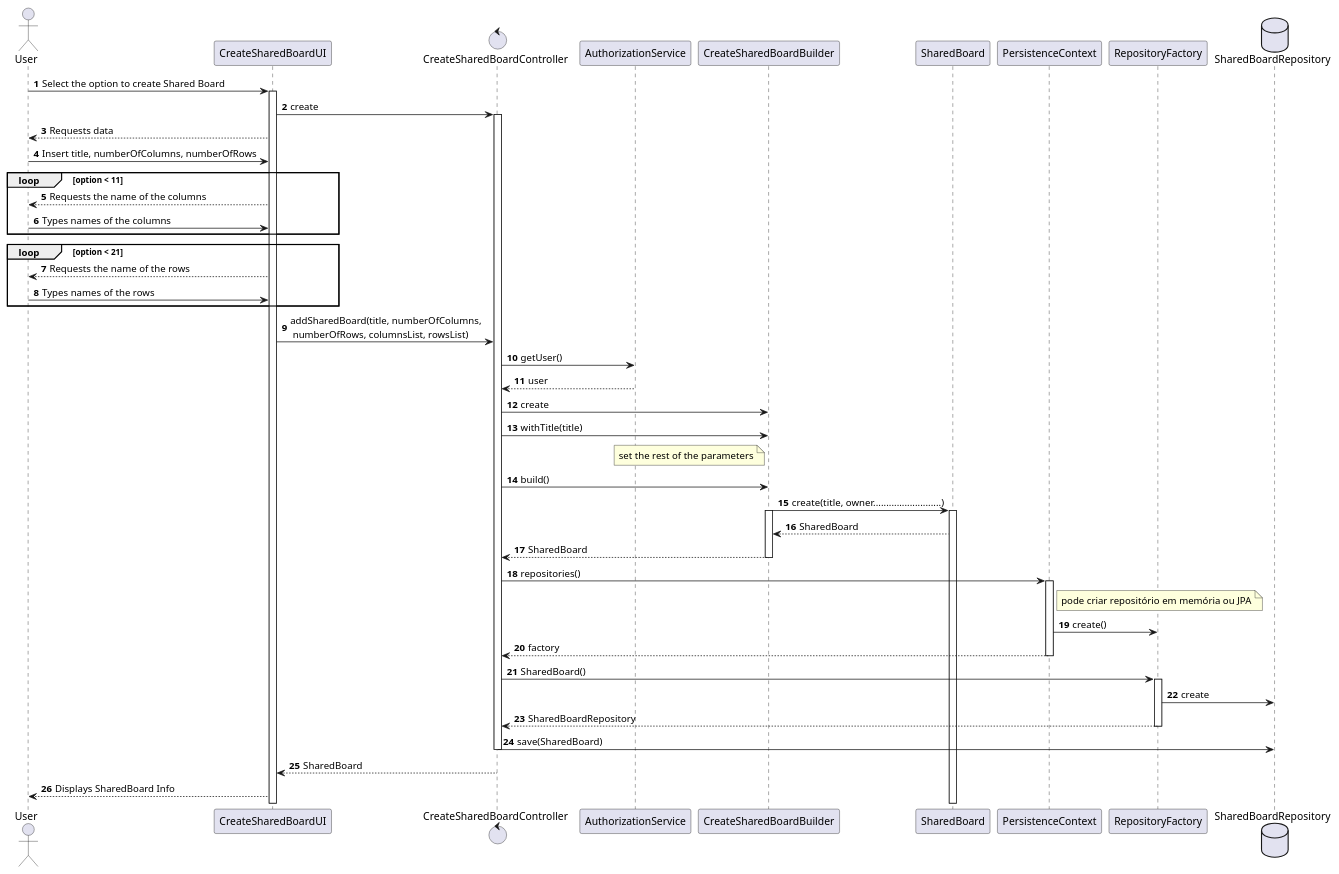
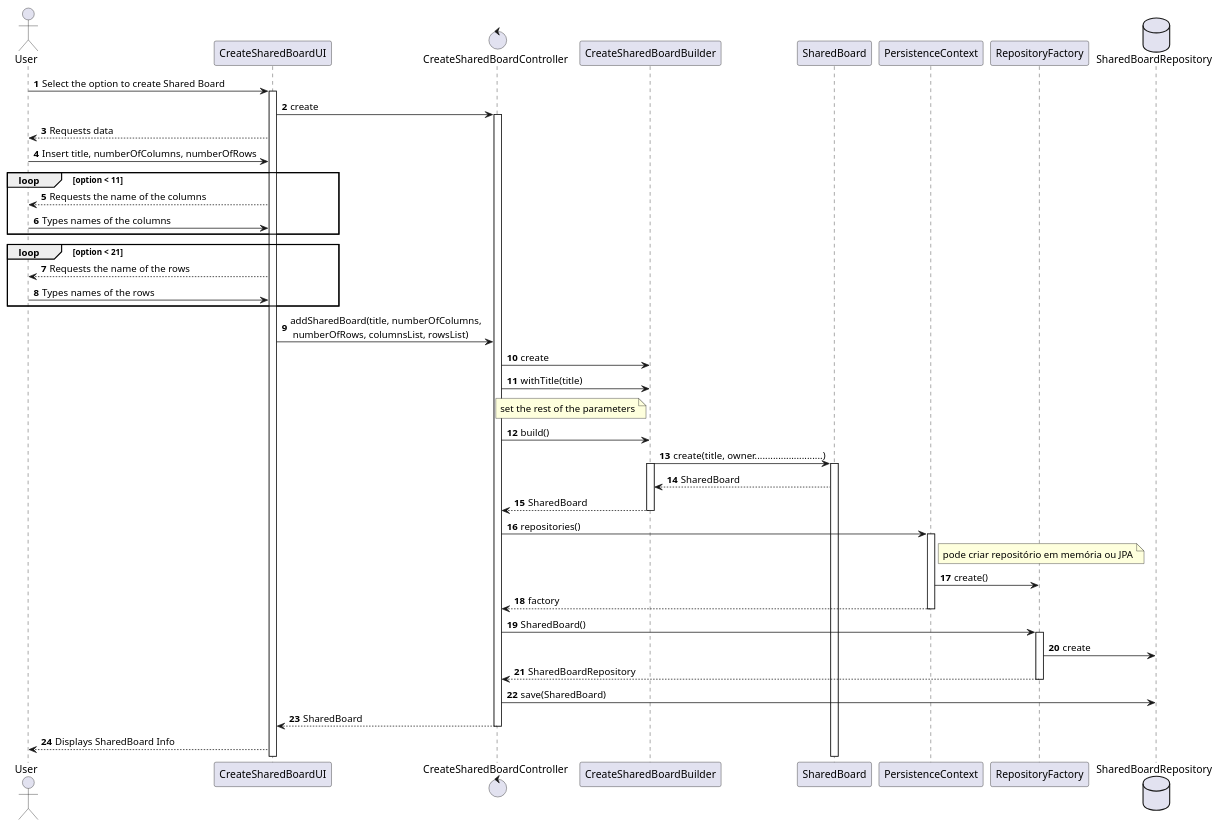
The diagram in docs/SPRINT B/US3002 - Create a Shared Board/Sequence_Diagram.puml (mascenso/isep-sem4-lapr4), drawn with PlantUML before and after one commit. The commit also changed 15 other files, not shown here.

```diff
--- a/docs/SPRINT B/US3002 - Create a Shared Board/Sequence_Diagram.puml
+++ b/docs/SPRINT B/US3002 - Create a Shared Board/Sequence_Diagram.puml
@@ -1,64 +1,63 @@
 @startuml
 'https://plantuml.com/sequence-diagram
 
 autonumber
 
 actor User
 
 
 User -> CreateSharedBoardUI: Select the option to create Shared Board
 activate CreateSharedBoardUI
 control CreateSharedBoardController
 
 CreateSharedBoardUI -> CreateSharedBoardController: create
 activate CreateSharedBoardController
 CreateSharedBoardUI --> User: Requests data
 User -> CreateSharedBoardUI: Insert title, numberOfColumns, numberOfRows
     loop option < 11
         CreateSharedBoardUI --> User: Requests the name of the columns
         User -> CreateSharedBoardUI: Types names of the columns
     end
      loop option < 21
             CreateSharedBoardUI --> User: Requests the name of the rows
             User -> CreateSharedBoardUI: Types names of the rows
         end
 
 
 CreateSharedBoardUI -> CreateSharedBoardController: addSharedBoard(title, numberOfColumns,\n numberOfRows, columnsList, rowsList)
-CreateSharedBoardController -> AuthorizationService : getUser()
-AuthorizationService --> CreateSharedBoardController : user
+
 CreateSharedBoardController -> CreateSharedBoardBuilder: create
 CreateSharedBoardController -> CreateSharedBoardBuilder: withTitle(title)
 note left of CreateSharedBoardBuilder: set the rest of the parameters
 CreateSharedBoardController -> CreateSharedBoardBuilder: build()
 CreateSharedBoardBuilder -> SharedBoard: create(title, owner..........................)
 activate SharedBoard
 activate CreateSharedBoardBuilder
 SharedBoard --> CreateSharedBoardBuilder: SharedBoard
 
 
 CreateSharedBoardBuilder --> CreateSharedBoardController: SharedBoard
 deactivate CreateSharedBoardBuilder
 CreateSharedBoardController -> PersistenceContext: repositories()
 activate PersistenceContext
 
 note right of PersistenceContext: pode criar repositório em memória ou JPA
 PersistenceContext -> RepositoryFactory: create()
 database SharedBoardRepository
 PersistenceContext --> CreateSharedBoardController : factory
 deactivate PersistenceContext
 CreateSharedBoardController -> RepositoryFactory: SharedBoard()
 activate RepositoryFactory
 RepositoryFactory -> SharedBoardRepository : create
 RepositoryFactory --> CreateSharedBoardController: SharedBoardRepository
 deactivate RepositoryFactory
 CreateSharedBoardController -> SharedBoardRepository: save(SharedBoard)
+CreateSharedBoardController --> CreateSharedBoardUI: SharedBoard
 deactivate CreateSharedBoardController
-CreateSharedBoardController --> CreateSharedBoardUI: SharedBoard
 
 CreateSharedBoardUI --> User: Displays SharedBoard Info
 
 deactivate CreateSharedBoardController
 
 
 @enduml
```
